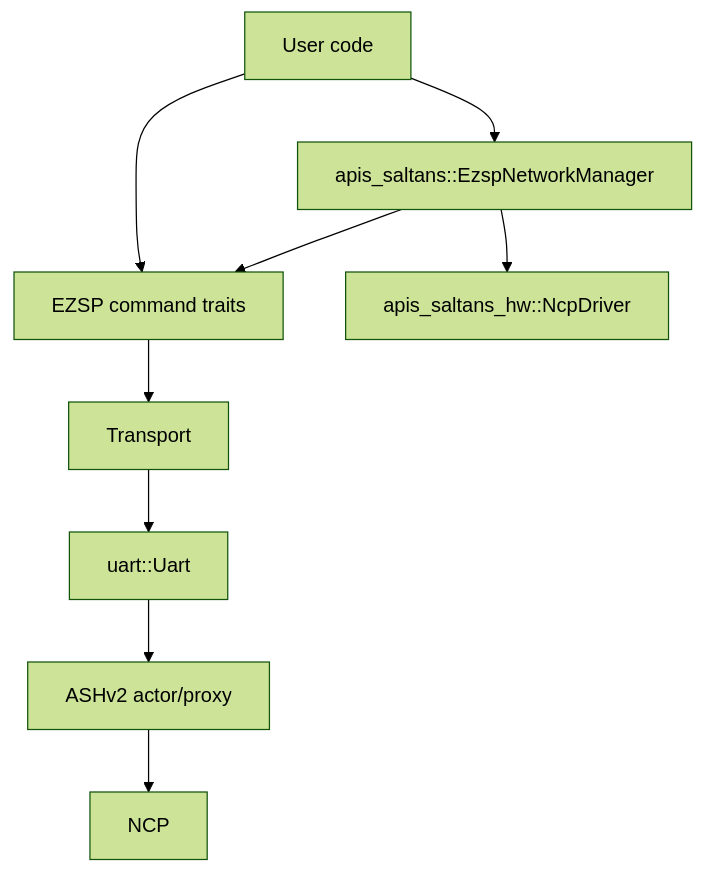
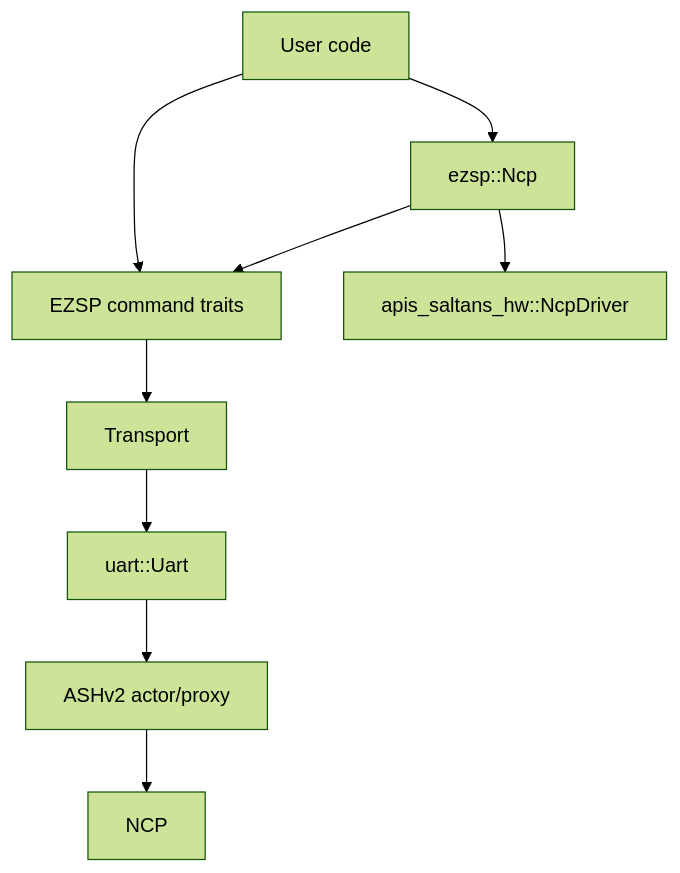
One commit to PaulmannLighting/ezsp changed the diagram in ARCHITECTURE.md. Above: the diagram before and after it, drawn with Mermaid (forest theme). The commit also changed other lines of this file and 13 other files, not shown here.

````diff
--- a/ARCHITECTURE.md
+++ b/ARCHITECTURE.md
@@ -23,12 +24,12 @@
 ```mermaid
 flowchart TD
     A[User code] --> B[EZSP command traits]
     B --> C[Transport]
     C --> D[uart::Uart]
     D --> E[ASHv2 actor/proxy]
     E --> F[NCP]
 
-    A --> G[apis_saltans::EzspNetworkManager]
+    A --> G[ezsp::Ncp]
     G --> B
     G --> H[apis_saltans_hw::NcpDriver]
 ```
````
